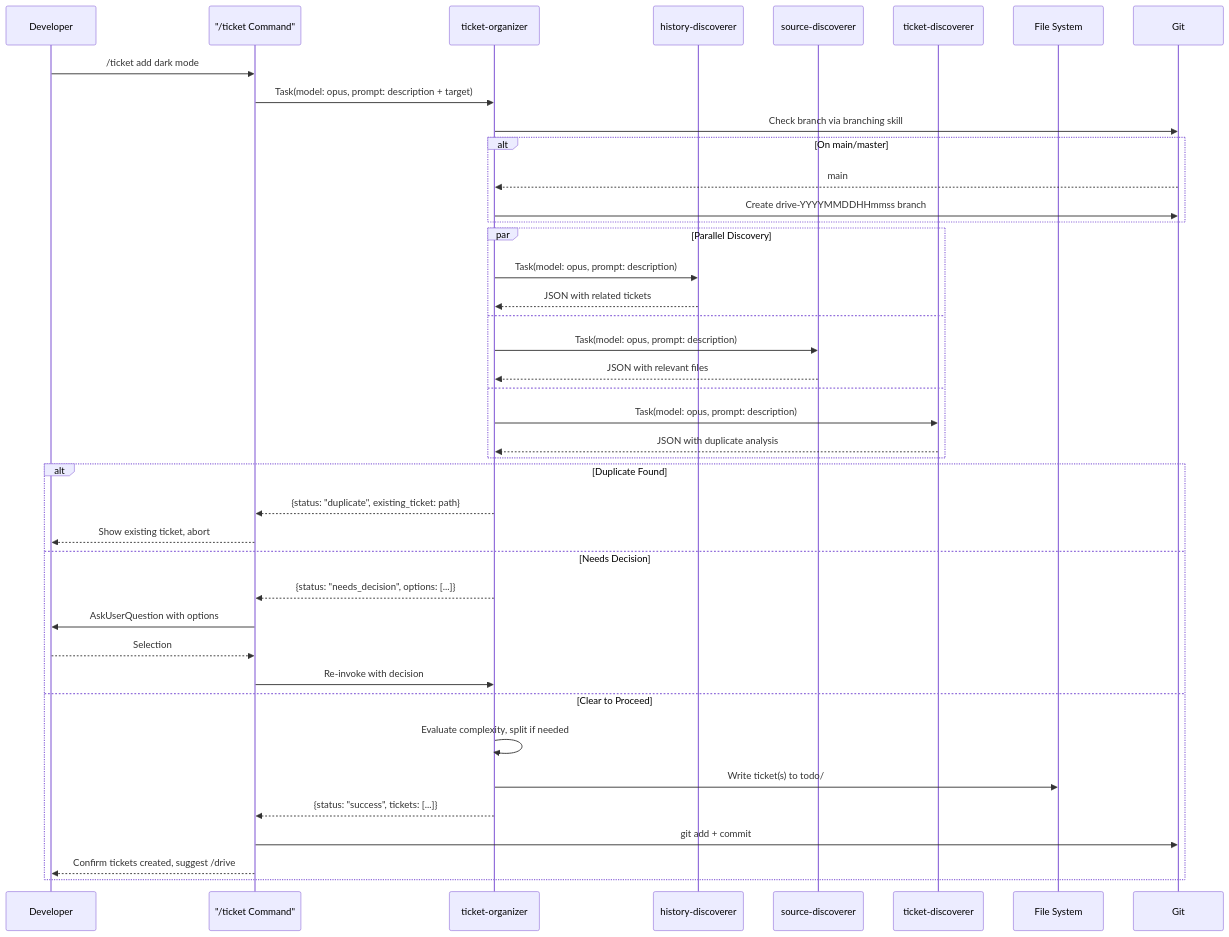
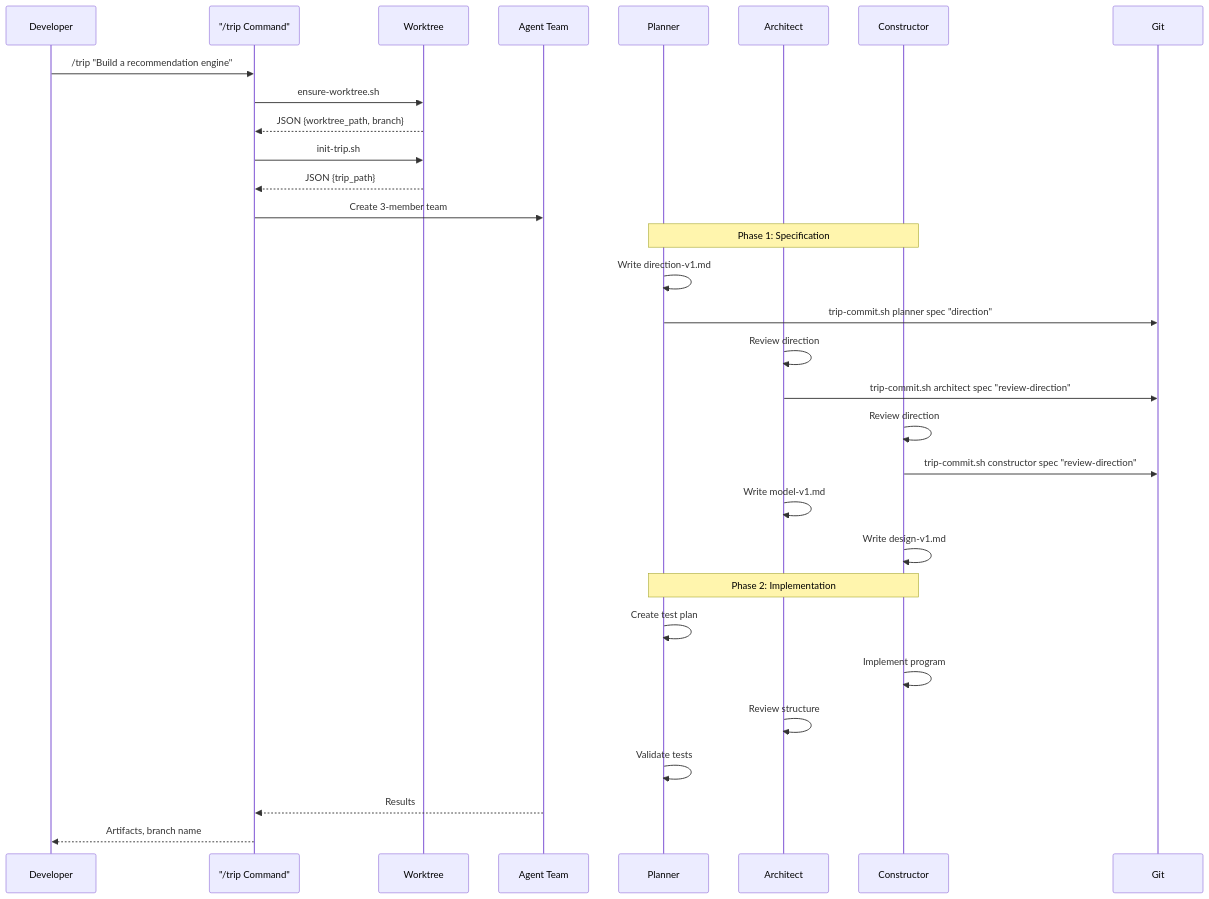
Before and after one commit to qmu/workaholic: the first of 2 diagrams in .workaholic/specs/usecase_ja.md, drawn with Mermaid. The commit also changed other lines of this file and 57 other files, not shown here.

````diff
--- a/.workaholic/specs/usecase_ja.md
+++ b/.workaholic/specs/usecase_ja.md
@@ -88,46 +75,40 @@
 ```mermaid
 sequenceDiagram
     participant Dev as Developer
-    participant Cmd as "/ticket Command"
-    participant TO as ticket-organizer
-    participant HD as history-discoverer
-    participant SD as source-discoverer
-    participant TD as ticket-discoverer
-    participant FS as File System
+    participant Cmd as "/trip Command"
+    participant WT as Worktree
+    participant Team as Agent Team
+    participant P as Planner
+    participant A as Architect
+    participant C as Constructor
     participant Git as Git
 
-    Dev->>Cmd: /ticket add dark mode
-    Cmd->>TO: Task(model: opus, prompt: description + target)
-    TO->>Git: Check branch via branching skill
-    alt On main/master
-        Git-->>TO: main
-        TO->>Git: Create drive-YYYYMMDDHHmmss branch
-    end
+    Dev->>Cmd: /trip "Build a recommendation engine"
+    Cmd->>WT: ensure-worktree.sh
+    WT-->>Cmd: JSON {worktree_path, branch}
+    Cmd->>WT: init-trip.sh
+    WT-->>Cmd: JSON {trip_path}
+    Cmd->>Team: Create 3-member team
 
-    par Parallel Discovery
-        TO->>HD: Task(model: opus, prompt: description)
-        HD-->>TO: JSON with related tickets
-    and
-        TO->>SD: Task(model: opus, prompt: description)
-        SD-->>TO: JSON with relevant files
-    and
-        TO->>TD: Task(model: opus, prompt: description)
-        TD-->>TO: JSON with duplicate analysis
-    end
+    Note over P,C: Phase 1: Specification
 
-    alt Duplicate Found
-        TO-->>Cmd: {status: "duplicate", existing_ticket: path}
-        Cmd-->>Dev: Show existing ticket, abort
-    else Needs Decision
-        TO-->>Cmd: {status: "needs_decision", options: [...]}
-        Cmd->>Dev: AskUserQuestion with options
-        Dev-->>Cmd: Selection
-        Cmd->>TO: Re-invoke with decision
-    else Clear to Proceed
-        TO->>TO: Evaluate complexity, split if needed
-        TO->>FS: Write ticket(s) to todo/
-        TO-->>Cmd: {status: "success", tickets: [...]}
-        Cmd->>Git: git add + commit
-        Cmd-->>Dev: Confirm tickets created, suggest /drive
-    end
+    P->>P: Write direction-v1.md
+    P->>Git: trip-commit.sh planner spec "direction"
+    A->>A: Review direction
+    A->>Git: trip-commit.sh architect spec "review-direction"
+    C->>C: Review direction
+    C->>Git: trip-commit.sh constructor spec "review-direction"
+
+    A->>A: Write model-v1.md
+    C->>C: Write design-v1.md
+
+    Note over P,C: Phase 2: Implementation
+
+    P->>P: Create test plan
+    C->>C: Implement program
+    A->>A: Review structure
+    P->>P: Validate tests
+
+    Team-->>Cmd: Results
+    Cmd-->>Dev: Artifacts, branch name
 ```
````
